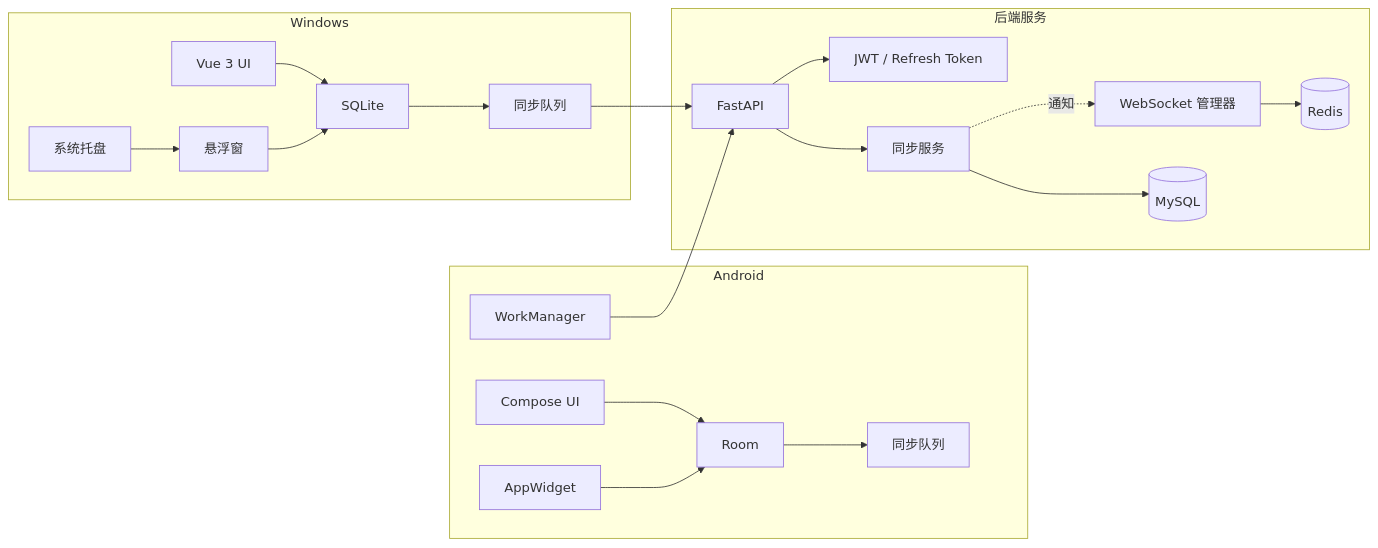
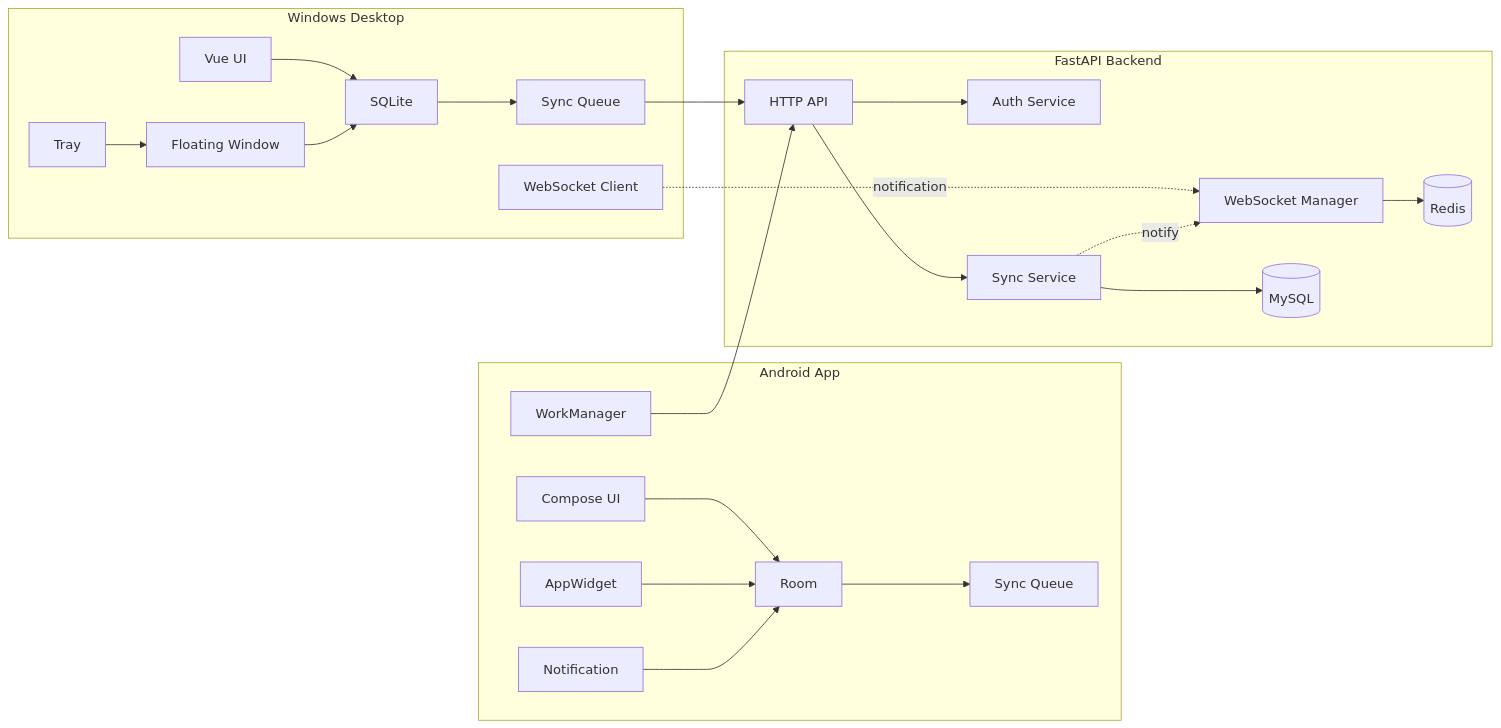
Before and after one commit to 27xk/TaskBridge: the diagram in docs/architecture.md, drawn with Mermaid. The commit also changed other lines of this file and 49 other files, not shown here.

````diff
--- a/docs/architecture.md
+++ b/docs/architecture.md
@@ -64,44 +25,48 @@
 ```mermaid
 flowchart LR
-    subgraph ClientA["Android"]
+    subgraph Android["Android App"]
         AUI["Compose UI"]
         ARoom["Room"]
-        AQueue["同步队列"]
+        AQueue["Sync Queue"]
         AWorker["WorkManager"]
         AWidget["AppWidget"]
+        ANotify["Notification"]
     end
 
-    subgraph ClientB["Windows"]
-        BUI["Vue 3 UI"]
-        BSQLite["SQLite"]
-        BQueue["同步队列"]
-        BFloat["悬浮窗"]
-        BTray["系统托盘"]
+    subgraph Desktop["Windows Desktop"]
+        DUI["Vue UI"]
+        DSQLite["SQLite"]
+        DQueue["Sync Queue"]
+        DTray["Tray"]
+        DFloat["Floating Window"]
+        DWS["WebSocket Client"]
     end
 
-    subgraph Server["后端服务"]
-        API["FastAPI"]
-        Auth["JWT / Refresh Token"]
-        Sync["同步服务"]
-        WS["WebSocket 管理器"]
+    subgraph Backend["FastAPI Backend"]
+        API["HTTP API"]
+        Auth["Auth Service"]
+        Sync["Sync Service"]
+        WS["WebSocket Manager"]
         MySQL[("MySQL")]
         Redis[("Redis")]
     end
 
     AUI --> ARoom
     AWidget --> ARoom
+    ANotify --> ARoom
     ARoom --> AQueue
     AWorker --> API
 
-    BUI --> BSQLite
-    BFloat --> BSQLite
-    BTray --> BFloat
-    BSQLite --> BQueue
-    BQueue --> API
+    DUI --> DSQLite
+    DFloat --> DSQLite
+    DTray --> DFloat
+    DSQLite --> DQueue
+    DWS -. notification .-> WS
+    DQueue --> API
 
     API --> Auth
     API --> Sync
     Sync --> MySQL
     WS --> Redis
-    Sync -.通知.-> WS
+    Sync -. notify .-> WS
 ```
````
